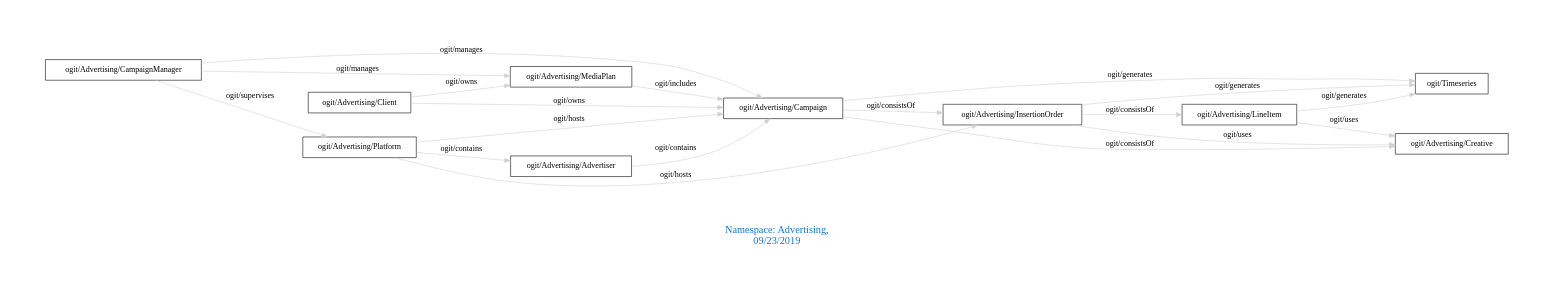
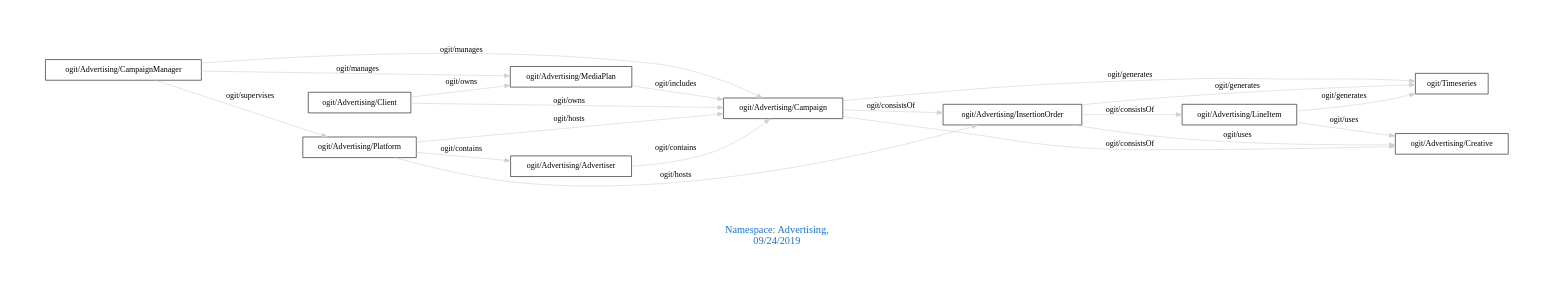
The diagram in downloads/Advertising.dot (arago/OGIT), drawn with Graphviz before and after one commit. The commit also changed 175 other files, not shown here.

```diff
--- a/downloads/Advertising.dot
+++ b/downloads/Advertising.dot
@@ -1,26 +1,26 @@
 digraph OGIT_ontology {
  graph [ rankdir= LR,pad=1 
 fontsize = 18,
-fontcolor= dodgerblue3,label = "\n\n\nNamespace: Advertising, \n 09/23/2019"];
+fontcolor= dodgerblue3,label = "\n\n\nNamespace: Advertising, \n 09/24/2019"];
 node[shape=polygon];
 edge [  color="gray81"];
 
    "ogit/Advertising/Advertiser" -> "ogit/Advertising/Campaign" [label="   ogit/contains    "];
    "ogit/Advertising/Platform" -> "ogit/Advertising/Advertiser" [label="   ogit/contains    "];
    "ogit/Advertising/CampaignManager" -> "ogit/Advertising/MediaPlan" [label="   ogit/manages    "];
    "ogit/Advertising/CampaignManager" -> "ogit/Advertising/Campaign" [label="   ogit/manages    "];
    "ogit/Advertising/Platform" -> "ogit/Advertising/Campaign" [label="   ogit/hosts    "];
    "ogit/Advertising/Platform" -> "ogit/Advertising/InsertionOrder" [label="   ogit/hosts    "];
    "ogit/Advertising/CampaignManager" -> "ogit/Advertising/Platform" [label="   ogit/supervises    "];
    "ogit/Advertising/Campaign" -> "ogit/Timeseries" [label="   ogit/generates    "];
    "ogit/Advertising/InsertionOrder" -> "ogit/Timeseries" [label="   ogit/generates    "];
    "ogit/Advertising/LineItem" -> "ogit/Timeseries" [label="   ogit/generates    "];
    "ogit/Advertising/MediaPlan" -> "ogit/Advertising/Campaign" [label="   ogit/includes    "];
    "ogit/Advertising/Client" -> "ogit/Advertising/MediaPlan" [label="   ogit/owns    "];
    "ogit/Advertising/Client" -> "ogit/Advertising/Campaign" [label="   ogit/owns    "];
    "ogit/Advertising/InsertionOrder" -> "ogit/Advertising/Creative" [label="   ogit/uses    "];
    "ogit/Advertising/LineItem" -> "ogit/Advertising/Creative" [label="   ogit/uses    "];
    "ogit/Advertising/Campaign" -> "ogit/Advertising/InsertionOrder" [label="   ogit/consistsOf    "];
    "ogit/Advertising/Campaign" -> "ogit/Advertising/Creative" [label="   ogit/consistsOf    "];
    "ogit/Advertising/InsertionOrder" -> "ogit/Advertising/LineItem" [label="   ogit/consistsOf    "];
 }
```
